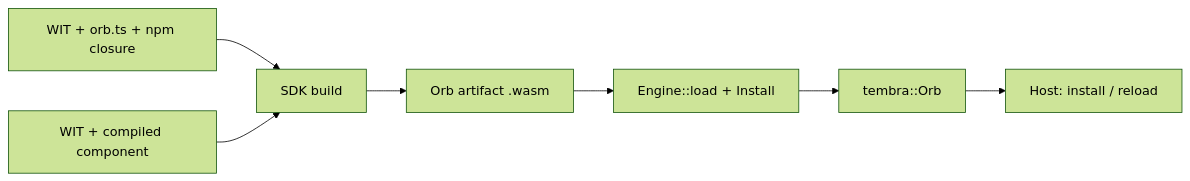
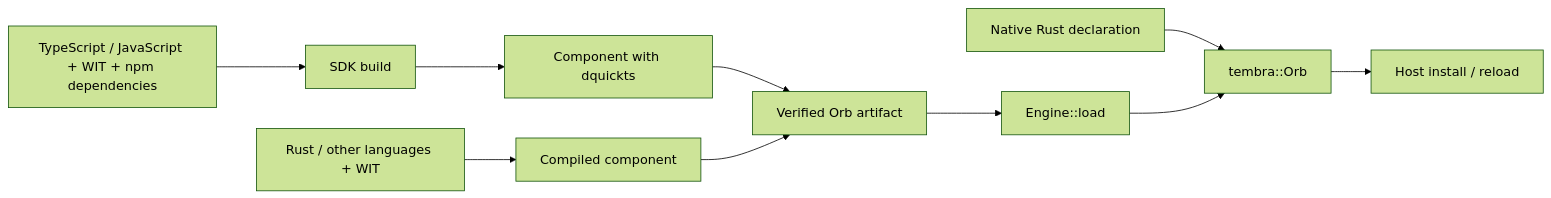
Before and after one commit to syntropika/tembra: the diagram in crates/executor-wasm/README.md, drawn with Mermaid (forest theme). The commit also changed other lines of this file and 377 other files, not shown here.

````diff
--- a/crates/executor-wasm/README.md
+++ b/crates/executor-wasm/README.md
@@ -19,9 +13,12 @@
 ```mermaid
 flowchart LR
-    A[WIT + orb.ts + npm closure] --> B[SDK build]
-    C[WIT + compiled component] --> B
-    B --> D[Orb artifact .wasm]
-    D --> E[Engine::load + Install]
-    E --> F[tembra::Orb]
-    F --> G[Host: install / reload]
+    TS[TypeScript / JavaScript + WIT + npm dependencies] --> SDK[SDK build]
+    SDK --> JS[Component with dquickts]
+    OTHER[Rust / other languages + WIT] --> WASM[Compiled component]
+    JS --> ARTIFACT[Verified Orb artifact]
+    WASM --> ARTIFACT
+    ARTIFACT --> LOAD[Engine::load]
+    NATIVE[Native Rust declaration] --> ORB[tembra::Orb]
+    LOAD --> ORB
+    ORB --> HOST[Host install / reload]
 ```
````
